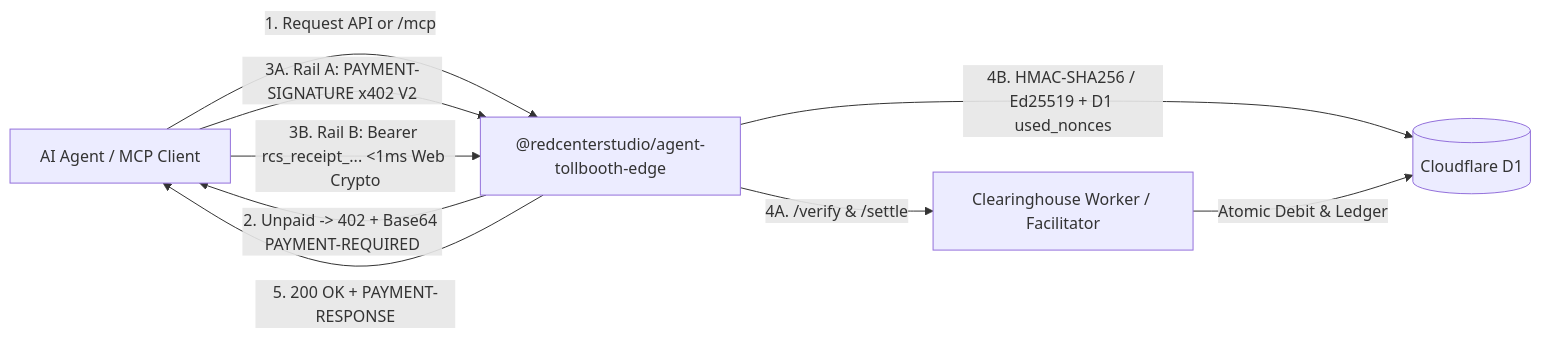
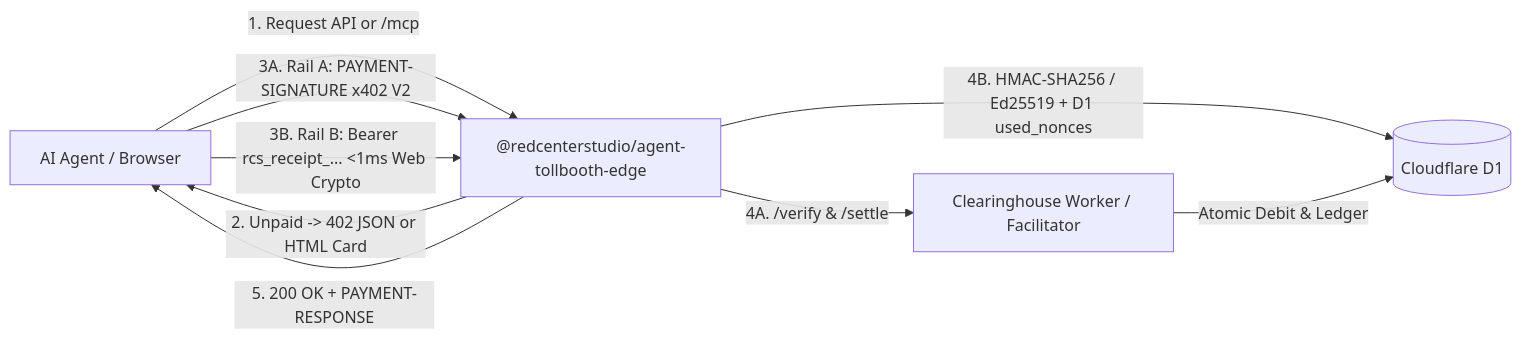
One commit to Red-Center-Studio/agent-tollbooth-402 changed the diagram in README.md. Above: the diagram before and after it, drawn with Mermaid. The commit also changed other lines of this file and 10 other files, not shown here.

````diff
--- a/README.md
+++ b/README.md
@@ -13,11 +46,11 @@
 ```mermaid
 flowchart LR
-    Agent["AI Agent / MCP Client"] -->|1. Request API or /mcp| Edge["@redcenterstudio/agent-tollbooth-edge"]
-    Edge -->|2. Unpaid -> 402 + Base64 PAYMENT-REQUIRED| Agent
+    Agent["AI Agent / Browser"] -->|1. Request API or /mcp| Edge["@redcenterstudio/agent-tollbooth-edge"]
+    Edge -->|2. Unpaid -> 402 JSON or HTML Card| Agent
     Agent -->|3A. Rail A: PAYMENT-SIGNATURE x402 V2| Edge
     Agent -->|3B. Rail B: Bearer rcs_receipt_... <1ms Web Crypto| Edge
     Edge -->|4A. /verify & /settle| Facilitator["Clearinghouse Worker / Facilitator"]
     Edge -->|4B. HMAC-SHA256 / Ed25519 + D1 used_nonces| NonceDB[("Cloudflare D1")]
     Facilitator -->|Atomic Debit & Ledger| NonceDB
     Edge -->|5. 200 OK + PAYMENT-RESPONSE| Agent
 ```
````
